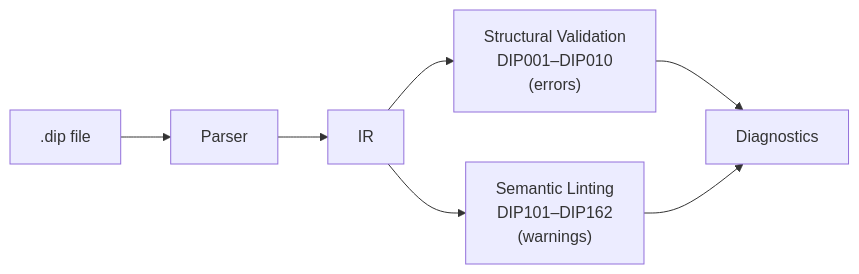
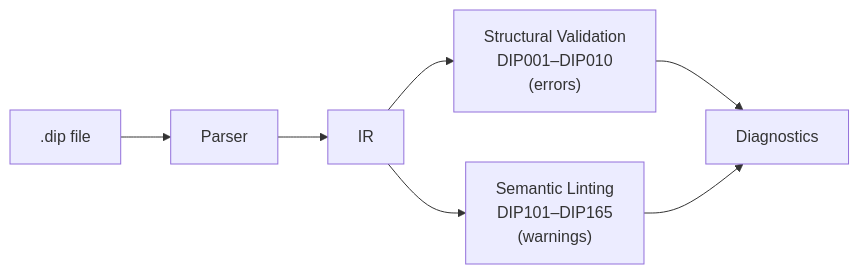
One commit to 2389-research/dippin-lang changed the diagram in docs/validation.md. Above: the diagram before and after it, drawn with Mermaid. The commit also changed other lines of this file and 46 other files, not shown here.

````diff
--- a/docs/validation.md
+++ b/docs/validation.md
@@ -10,9 +10,9 @@
 ```mermaid
 graph LR
     SRC[".dip file"] --> PARSE["Parser"]
     PARSE --> IR["IR"]
     IR --> VAL["Structural Validation<br>DIP001–DIP010<br>(errors)"]
-    IR --> LINT["Semantic Linting<br>DIP101–DIP162<br>(warnings)"]
+    IR --> LINT["Semantic Linting<br>DIP101–DIP165<br>(warnings)"]
     VAL --> DIAG["Diagnostics"]
     LINT --> DIAG
 ```
````
